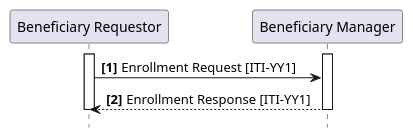
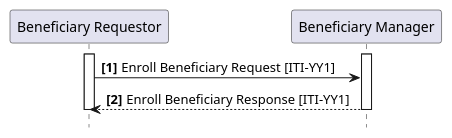
One commit to IHE/ITI.Finance changed the diagram in input/images-source/ITI-YY1-seq.plantuml. Above: the diagram before and after it, drawn with PlantUML. The commit also changed 17 other files, not shown here.

```diff
--- a/input/images-source/ITI-YY1-seq.plantuml
+++ b/input/images-source/ITI-YY1-seq.plantuml
@@ -1,13 +1,13 @@
 @startuml
 skinparam svgDimensionStyle false
 hide footbox
 autonumber "<b>[0]"
 participant "Beneficiary Requestor" as Req
 participant "Beneficiary Manager" as Man
 activate Req
 activate Man
-Req -> Man : Enrollment Request [ITI-YY1]
-Man --> Req : Enrollment Response [ITI-YY1]
+Req -> Man : Enroll Beneficiary Request [ITI-YY1]
+Man --> Req : Enroll Beneficiary Response [ITI-YY1]
 deactivate Man
 deactivate Req
 @enduml
```
